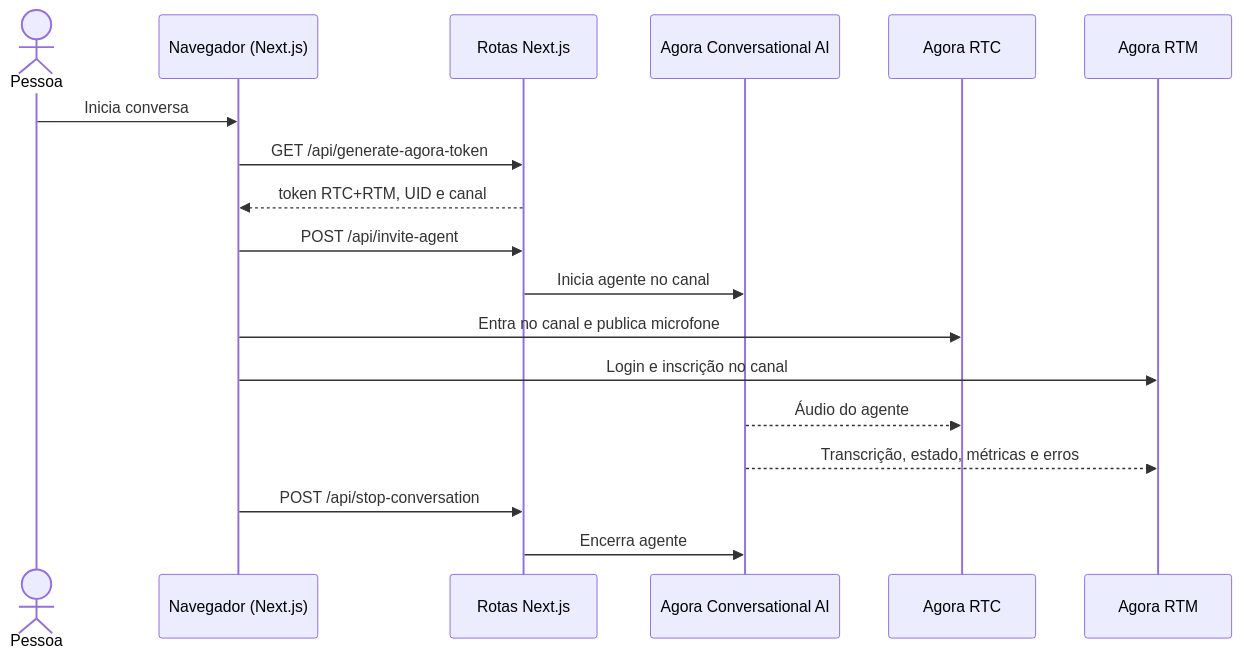
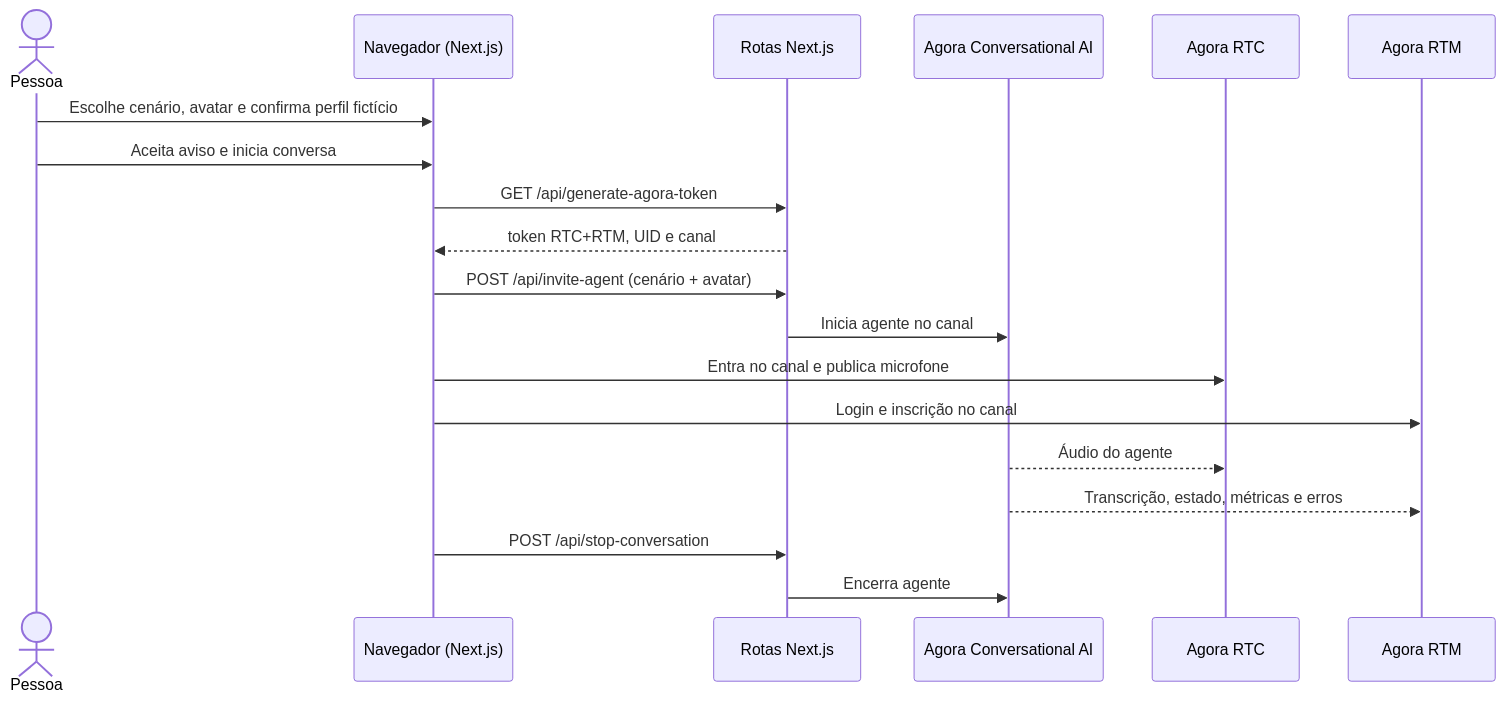
The diagram in docs/INTEGRACAO_AGORA.md (KlayvemGuimaraes/unmute-mvp), drawn with Mermaid before and after one commit. The commit also changed other lines of this file and 11 other files, not shown here.

Commit message:
docs: document pharmacovigilance interview flow

````diff
--- a/docs/INTEGRACAO_AGORA.md
+++ b/docs/INTEGRACAO_AGORA.md
@@ -7,20 +7,21 @@
 ```mermaid
 sequenceDiagram
     actor Pessoa
     participant Web as Navegador (Next.js)
     participant API as Rotas Next.js
     participant Engine as Agora Conversational AI
     participant RTC as Agora RTC
     participant RTM as Agora RTM
-    Pessoa->>Web: Inicia conversa
+    Pessoa->>Web: Escolhe cenário, avatar e confirma perfil fictício
+    Pessoa->>Web: Aceita aviso e inicia conversa
     Web->>API: GET /api/generate-agora-token
     API-->>Web: token RTC+RTM, UID e canal
-    Web->>API: POST /api/invite-agent
+    Web->>API: POST /api/invite-agent (cenário + avatar)
     API->>Engine: Inicia agente no canal
     Web->>RTC: Entra no canal e publica microfone
     Web->>RTM: Login e inscrição no canal
     Engine-->>RTC: Áudio do agente
     Engine-->>RTM: Transcrição, estado, métricas e erros
     Web->>API: POST /api/stop-conversation
     API->>Engine: Encerra agente
 ```
````
